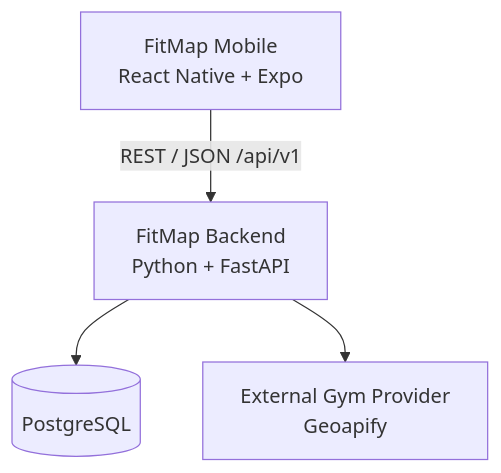
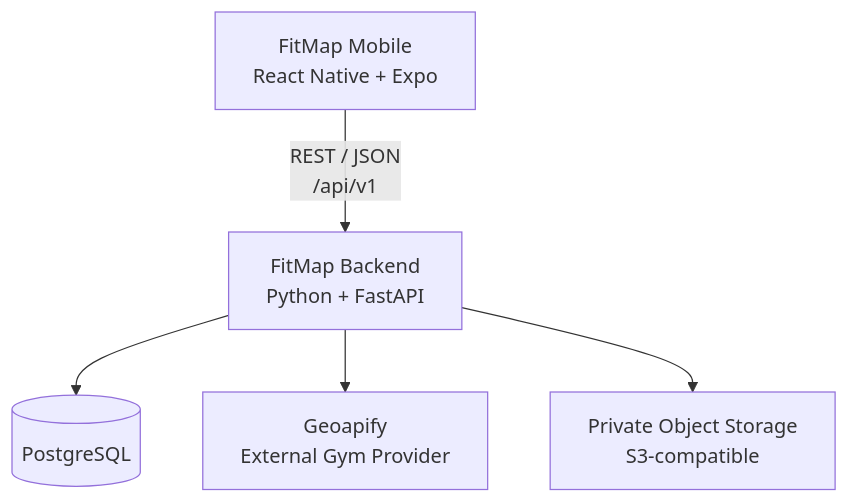
Before and after one commit to gumautoni/fitmap-mobile: the diagram in README.md, drawn with Mermaid. The commit also changed other lines of this file and 15 other files, not shown here.

````diff
--- a/README.md
+++ b/README.md
@@ -166,11 +286,13 @@
 ```mermaid
 flowchart TD
-    Mobile[FitMap Mobile<br/>React Native + Expo]
-    API[FitMap Backend<br/>Python + FastAPI]
-    DB[(PostgreSQL)]
-    Provider[External Gym Provider<br/>Geoapify]
+    Mobile["FitMap Mobile<br/>React Native + Expo"]
+    API["FitMap Backend<br/>Python + FastAPI"]
+    DB[("PostgreSQL")]
+    Provider["Geoapify<br/>External Gym Provider"]
+    Storage["Private Object Storage<br/>S3-compatible"]
 
-    Mobile -->|REST / JSON /api/v1| API
+    Mobile -->|"REST / JSON<br/>/api/v1"| API
     API --> DB
     API --> Provider
+    API --> Storage
 ```
````
